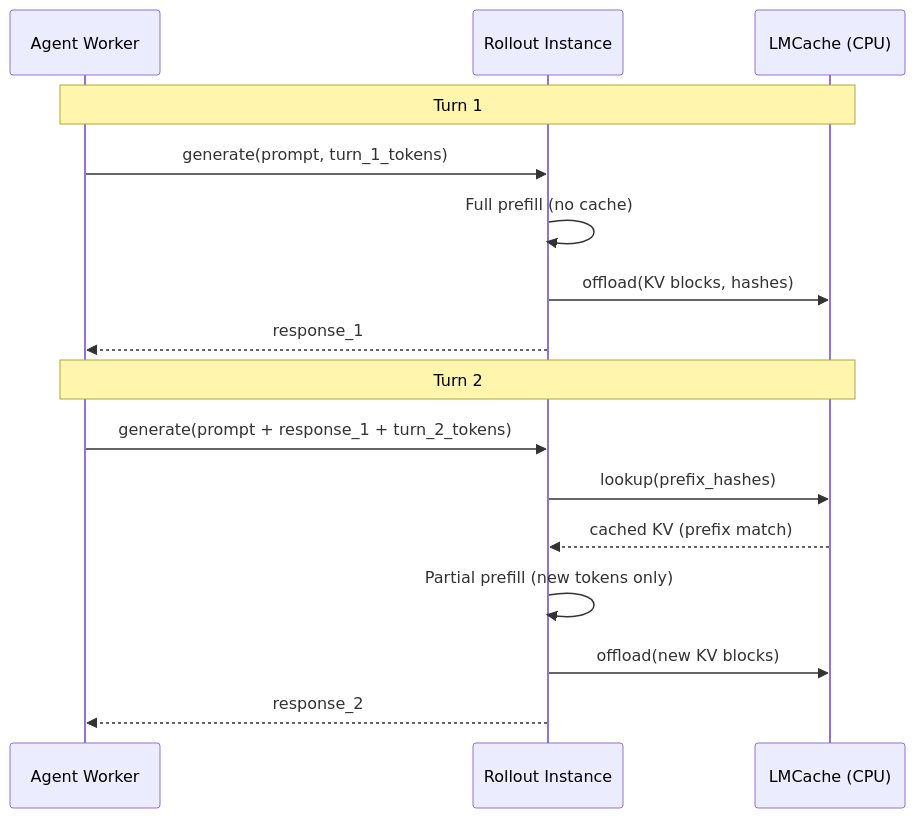
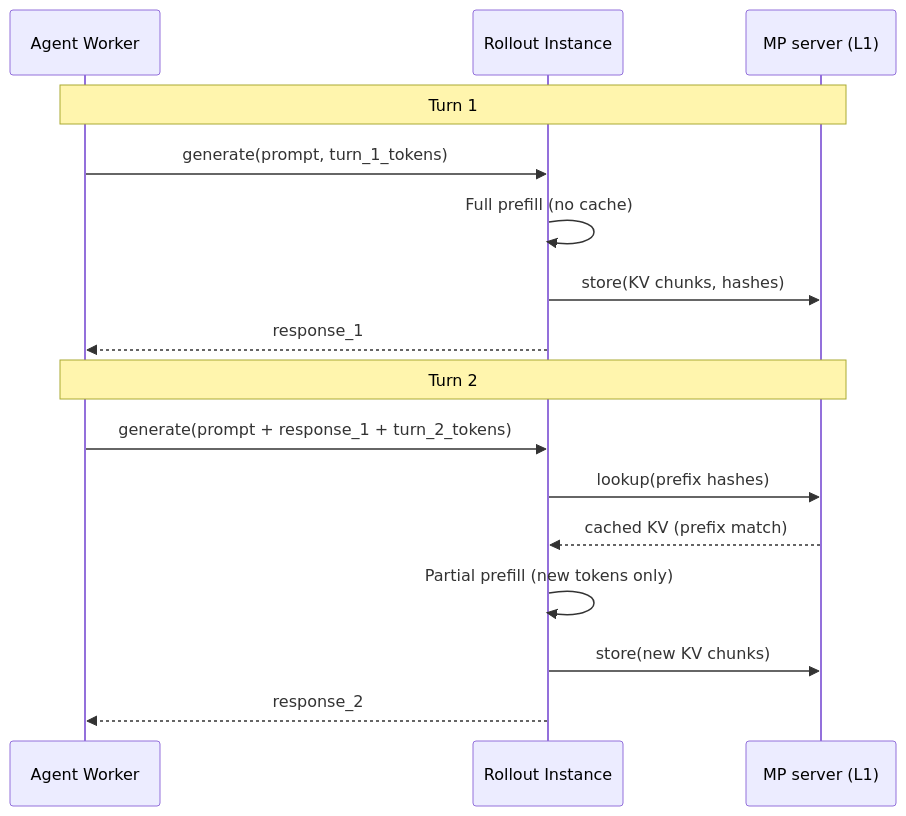
The first of 2 diagrams in docs/design/kv_cache.md (Somoku/psrl), drawn with Mermaid before and after one commit. The commit also changed other lines of this file and 24 other files, not shown here.

````diff
--- a/docs/design/kv_cache.md
+++ b/docs/design/kv_cache.md
@@ -29,20 +33,20 @@
 ```{mermaid}
 sequenceDiagram
     participant AW as Agent Worker
     participant RI as Rollout Instance
-    participant LMC as LMCache (CPU)
+    participant LMC as MP server (L1)
 
     Note over AW,LMC: Turn 1
     AW->>RI: generate(prompt, turn_1_tokens)
     RI->>RI: Full prefill (no cache)
-    RI->>LMC: offload(KV blocks, hashes)
+    RI->>LMC: store(KV chunks, hashes)
     RI-->>AW: response_1
 
     Note over AW,LMC: Turn 2
     AW->>RI: generate(prompt + response_1 + turn_2_tokens)
-    RI->>LMC: lookup(prefix_hashes)
+    RI->>LMC: lookup(prefix hashes)
     LMC-->>RI: cached KV (prefix match)
     RI->>RI: Partial prefill (new tokens only)
-    RI->>LMC: offload(new KV blocks)
+    RI->>LMC: store(new KV chunks)
     RI-->>AW: response_2
 ```
````
